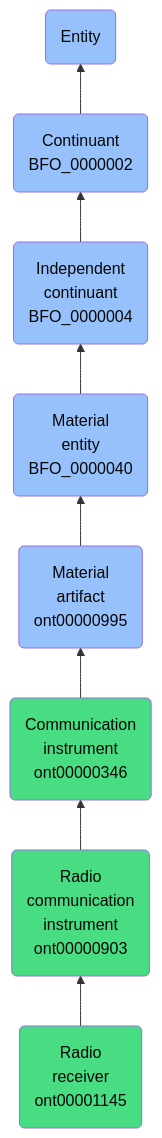
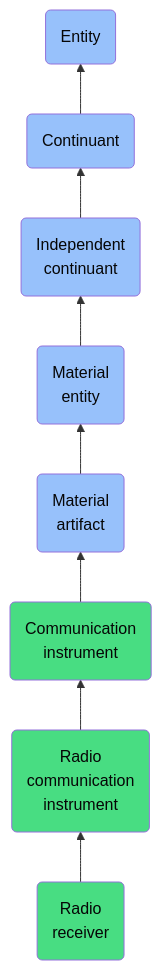
One commit to jupyter-naas/abi changed the diagram in docs/ontology/reference/model/Entity/Continuant/Independent continuant/Material entity/Material artifact/Communication instrument/Radio communication instrument/Radio receiver/Radio receiver.md. Above: the diagram before and after it, drawn with Mermaid. The commit also changed other lines of this file and 1430 other files, not shown here.

````diff
--- a/docs/ontology/reference/model/Entity/Continuant/Independent continuant/Material entity/Material artifact/Communication instrument/Radio communication instrument/Radio receiver/Radio receiver.md
+++ b/docs/ontology/reference/model/Entity/Continuant/Independent continuant/Material entity/Material artifact/Communication instrument/Radio communication instrument/Radio receiver/Radio receiver.md
@@ -24,15 +24,15 @@
 ```mermaid
 graph BT
-    ont00001145(Radio<br>receiver<br>ont00001145):::ABI-->ont00000903
-    ont00000903(Radio<br>communication<br>instrument<br>ont00000903):::ABI-->ont00000346
-    ont00000346(Communication<br>instrument<br>ont00000346):::ABI-->ont00000995
-    ont00000995(Material<br>artifact<br>ont00000995):::BFO-->BFO_0000040
-    BFO_0000040(Material<br>entity<br>BFO_0000040):::BFO-->BFO_0000004
-    BFO_0000004(Independent<br>continuant<br>BFO_0000004):::BFO-->BFO_0000002
-    BFO_0000002(Continuant<br>BFO_0000002):::BFO-->BFO_0000001
+    ont00001145(Radio<br>receiver):::ABI-->ont00000903
+    ont00000903(Radio<br>communication<br>instrument):::ABI-->ont00000346
+    ont00000346(Communication<br>instrument):::ABI-->ont00000995
+    ont00000995(Material<br>artifact):::BFO-->BFO_0000040
+    BFO_0000040(Material<br>entity):::BFO-->BFO_0000004
+    BFO_0000004(Independent<br>continuant):::BFO-->BFO_0000002
+    BFO_0000002(Continuant):::BFO-->BFO_0000001
     BFO_0000001(Entity):::BFO
     
     classDef BFO fill:#97c1fb,color:#060606
     classDef CCO fill:#e4c51e,color:#060606
     classDef ABI fill:#48DD82,color:#060606
 ```
````
